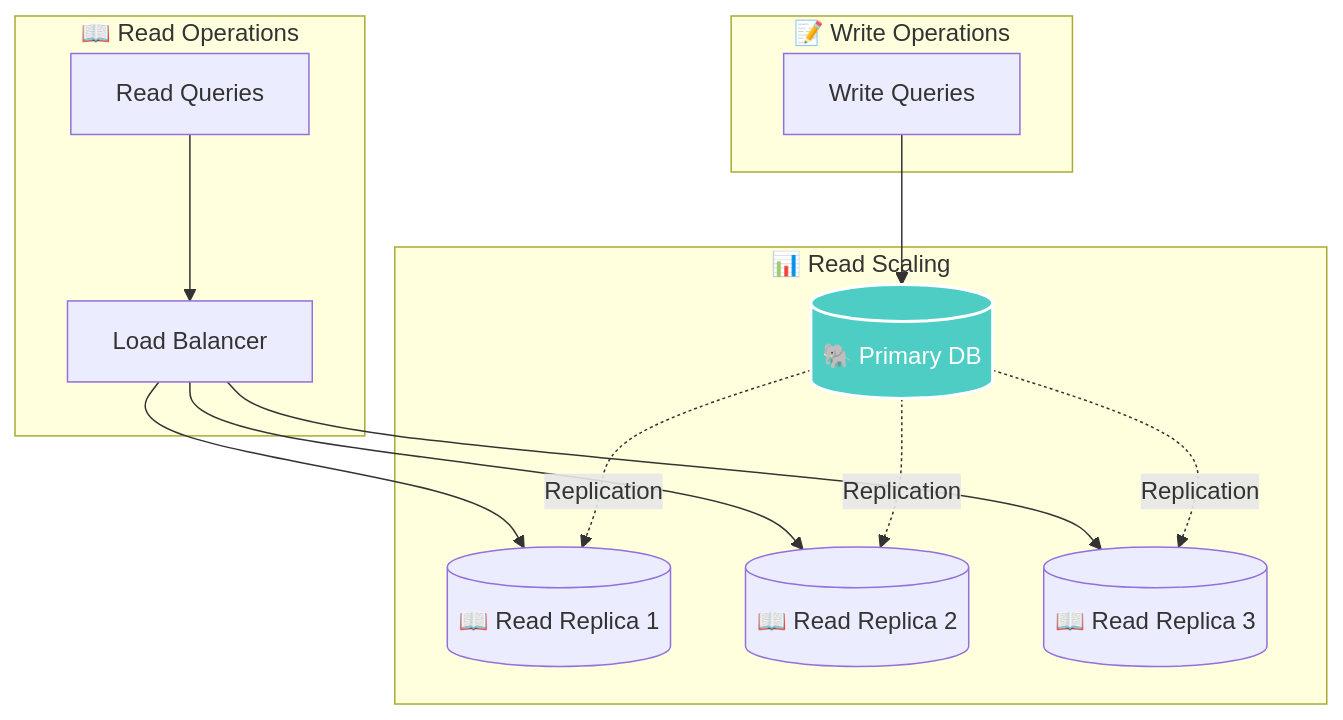
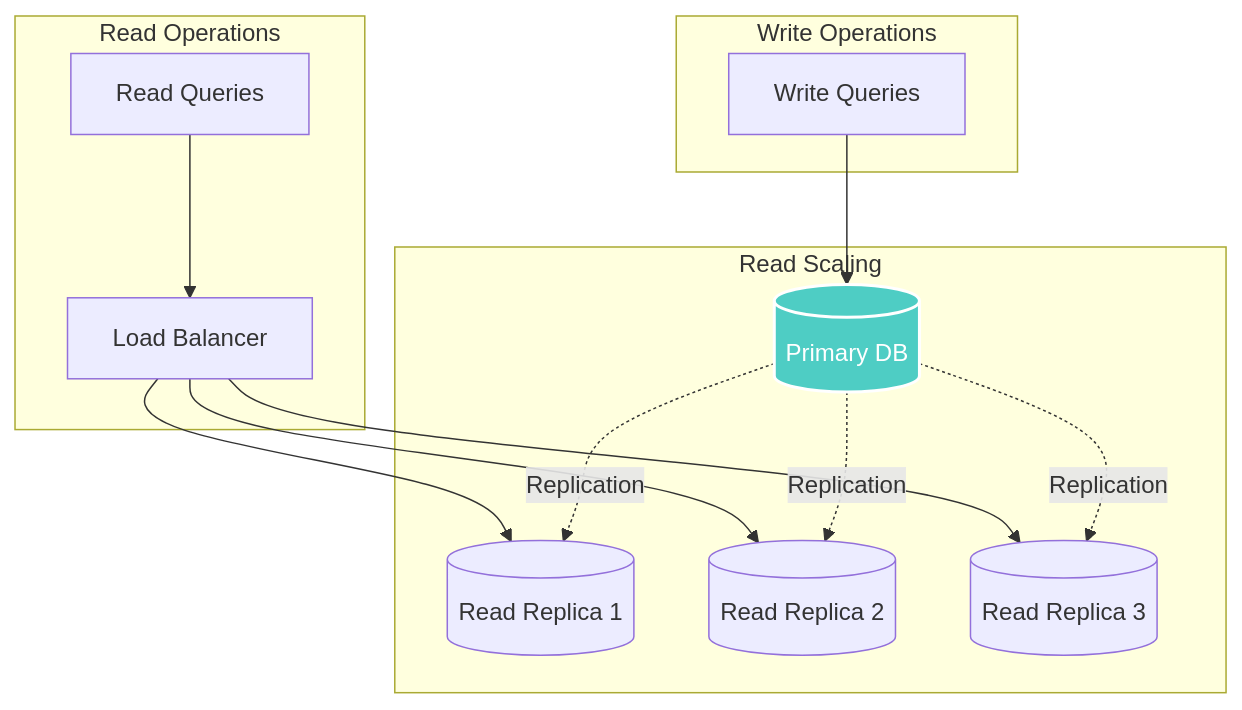
The sixth of 6 diagrams in Design Leetcode Platform.md (hemanth1999k/Product-Architecture), drawn with Mermaid before and after one commit. The commit also changed other lines of this file, not shown here.

````diff
--- a/Design Leetcode Platform.md
+++ b/Design Leetcode Platform.md
@@ -326,26 +326,26 @@
 ```mermaid
 graph TB
-    subgraph "📊 Read Scaling"
-        MASTER[(🐘 Primary DB)]
-        REPLICA1[(📖 Read Replica 1)]
-        REPLICA2[(📖 Read Replica 2)]
-        REPLICA3[(📖 Read Replica 3)]
+    subgraph "Read Scaling"
+        MASTER[(Primary DB)]
+        REPLICA1[(Read Replica 1)]
+        REPLICA2[(Read Replica 2)]
+        REPLICA3[(Read Replica 3)]
     end
     
-    subgraph "📝 Write Operations"
+    subgraph "Write Operations"
         WRITE[Write Queries] --> MASTER
     end
     
-    subgraph "📖 Read Operations"
+    subgraph "Read Operations"
         READ[Read Queries] --> LB_DB[Load Balancer]
         LB_DB --> REPLICA1
         LB_DB --> REPLICA2
         LB_DB --> REPLICA3
     end
     
     MASTER -.->|Replication| REPLICA1
     MASTER -.->|Replication| REPLICA2
     MASTER -.->|Replication| REPLICA3
     
     style MASTER fill:#4ecdc4,stroke:#ffffff,stroke-width:2px,color:#ffffff
 ```
````
